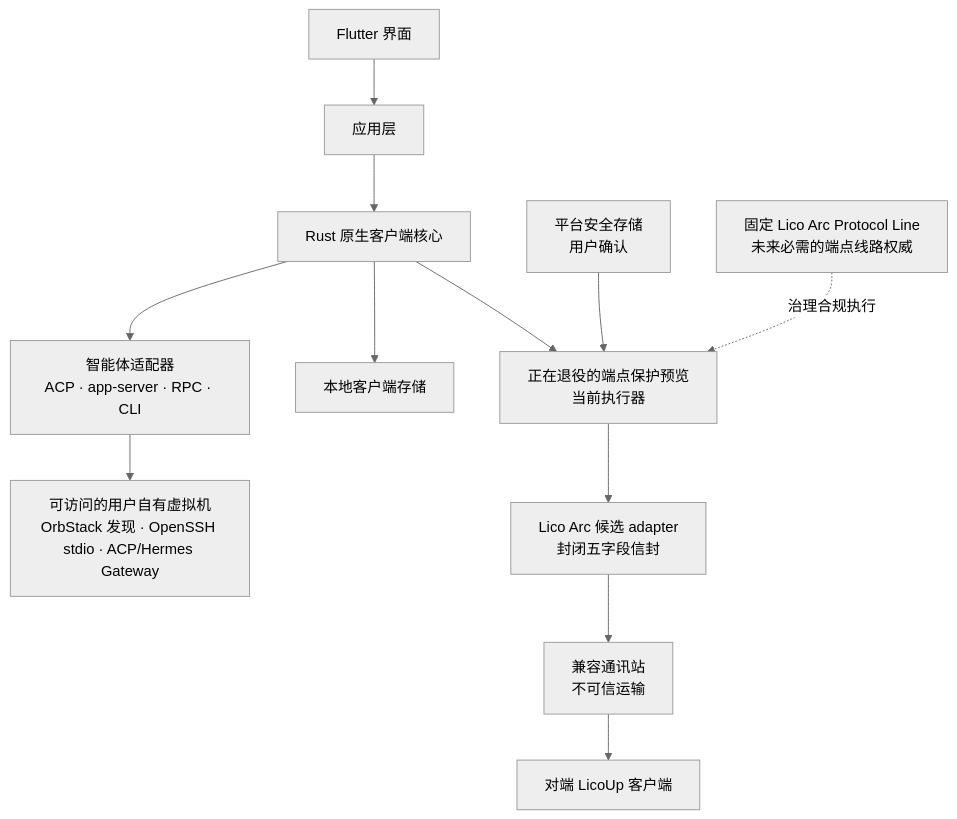
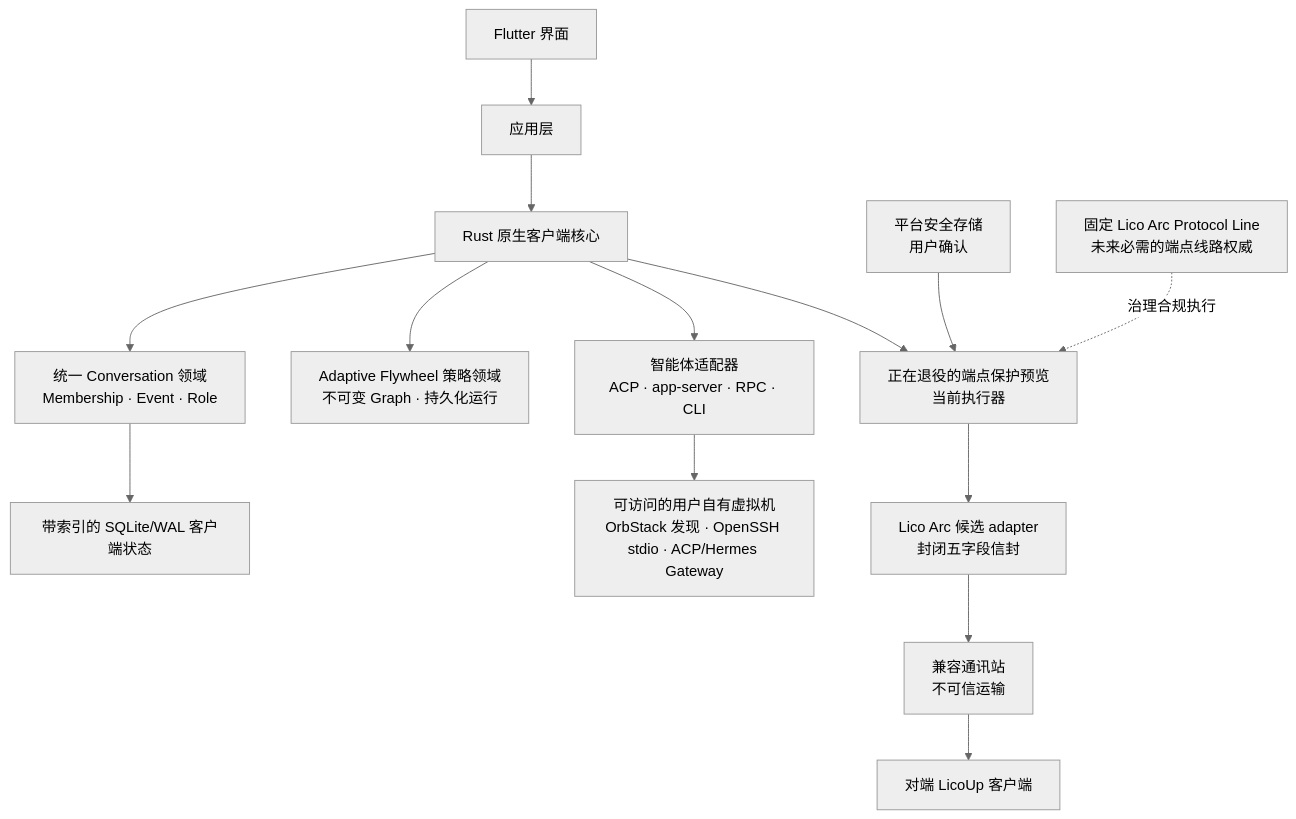
The first of 3 diagrams in docs/architecture/README.zh-CN.md (LicoLand/LicoUp), drawn with Mermaid (neutral theme) before and after one commit. The commit also changed other lines of this file and 132 other files, not shown here.

````diff
--- a/docs/architecture/README.zh-CN.md
+++ b/docs/architecture/README.zh-CN.md
@@ -24,14 +24,16 @@
 ```mermaid
 flowchart TB
     UI["Flutter 界面"] --> APP["应用层"]
     APP --> CORE["Rust 原生客户端核心"]
+    CORE --> CONVERSATIONS["统一 Conversation 领域<br/>Membership · Event · Role"]
+    CORE --> STRATEGIES["Adaptive Flywheel 策略领域<br/>不可变 Graph · 持久化运行"]
+    CONVERSATIONS --> STORE["带索引的 SQLite/WAL 客户端状态"]
     CORE --> AGENTS["智能体适配器<br/>ACP · app-server · RPC · CLI"]
     AGENTS --> VM["可访问的用户自有虚拟机<br/>OrbStack 发现 · OpenSSH stdio · ACP/Hermes Gateway"]
-    CORE --> STORE["本地客户端存储"]
     CORE --> MESH["正在退役的端点保护预览<br/>当前执行器"]
     MESH --> ARC["Lico Arc 候选 adapter<br/>封闭五字段信封"]
     ARC --> STATION["兼容通讯站<br/>不可信运输"]
     STATION --> PEER["对端 LicoUp 客户端"]
     KEYS["平台安全存储<br/>用户确认"] --> MESH
     LINE["固定 Lico Arc Protocol Line<br/>未来必需的端点线路权威"] -. "治理合规执行" .-> MESH
 ```
````
